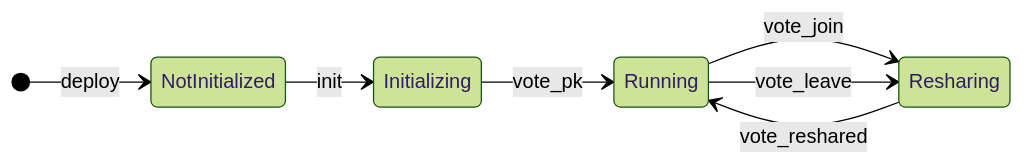
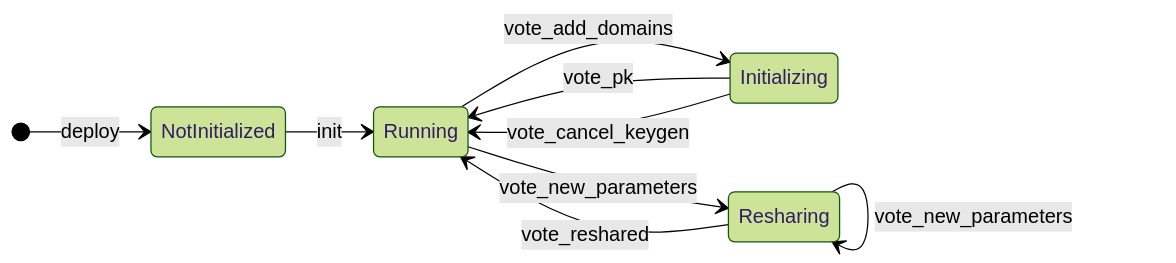
One commit to near/mpc changed the diagram in libs/chain-signatures/contract/readme.md. Above: the diagram before and after it, drawn with Mermaid (forest theme). The commit also changed other lines of this file and 22 other files, not shown here.

````diff
--- a/libs/chain-signatures/contract/readme.md
+++ b/libs/chain-signatures/contract/readme.md
@@ -39,10 +33,12 @@
 ```mermaid
 stateDiagram-v2
     direction LR
     [*] --> NotInitialized : deploy
-    NotInitialized --> Initializing : init
+    NotInitialized --> Running : init
+    Running --> Initializing : vote_add_domains
+    Running --> Resharing : vote_new_parameters
     Initializing --> Running : vote_pk
-    Running --> Resharing : vote_join
+    Initializing --> Running : vote_cancel_keygen
     Resharing --> Running : vote_reshared
-    Running --> Resharing : vote_leave
+    Resharing --> Resharing : vote_new_parameters
 ```
````
